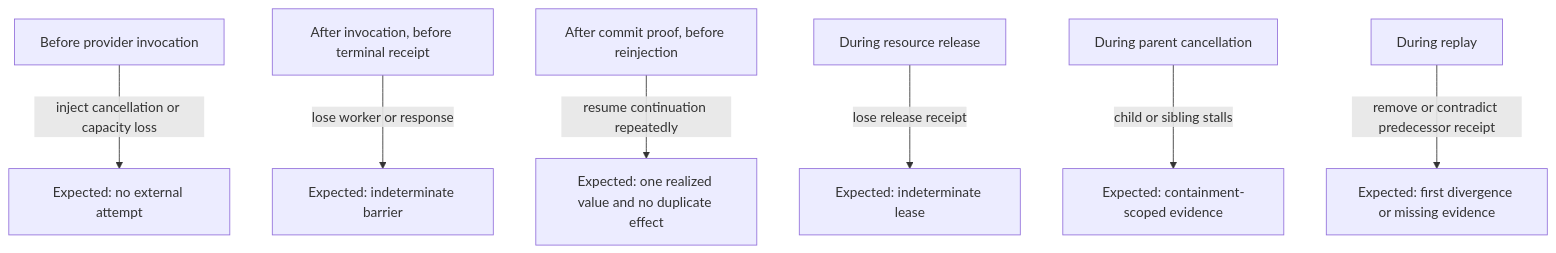
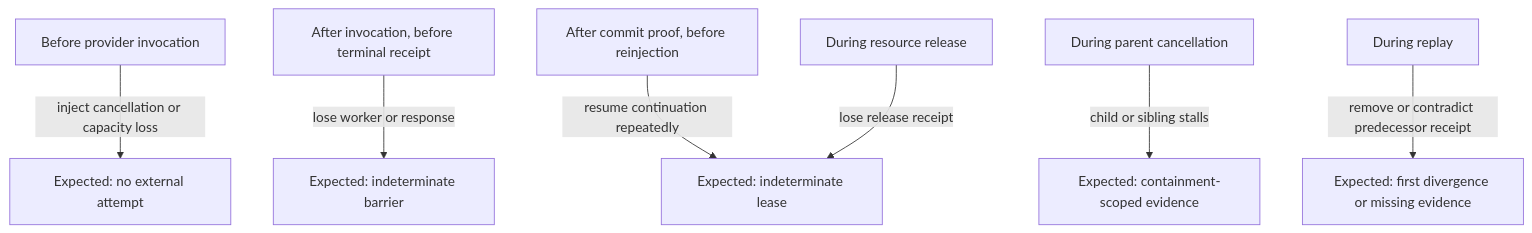
One commit to tao3k/poo-flow changed the second of 4 diagrams in docs/10-19-design/10.06-poo-module-system/45-16-semantic-conformance-adversarial-fault-injection.org. Above: the diagram before and after it, drawn with Mermaid. The commit also changed 514 other files, not shown here.

```diff
--- a/docs/10-19-design/10.06-poo-module-system/45-16-semantic-conformance-adversarial-fault-injection.org
+++ b/docs/10-19-design/10.06-poo-module-system/45-16-semantic-conformance-adversarial-fault-injection.org
@@ -155,9 +155,9 @@
 #+begin_src mermaid
 flowchart TD
   A["Before provider invocation"] -->|"inject cancellation or capacity loss"| C1["Expected: no external attempt"]
   B["After invocation, before terminal receipt"] -->|"lose worker or response"| C2["Expected: indeterminate barrier"]
-  C["After commit proof, before reinjection"] -->|"resume continuation repeatedly"| C3["Expected: one realized value and no duplicate effect"]
+  C["After commit proof, before reinjection"] -->|"resume continuation repeatedly"| C4["Expected: one realized value and no duplicate effect"]
   D["During resource release"] -->|"lose release receipt"| C4["Expected: indeterminate lease"]
   E["During parent cancellation"] -->|"child or sibling stalls"| C5["Expected: containment-scoped evidence"]
   F["During replay"] -->|"remove or contradict predecessor receipt"| C6["Expected: first divergence or missing evidence"]
 #+end_src
```
